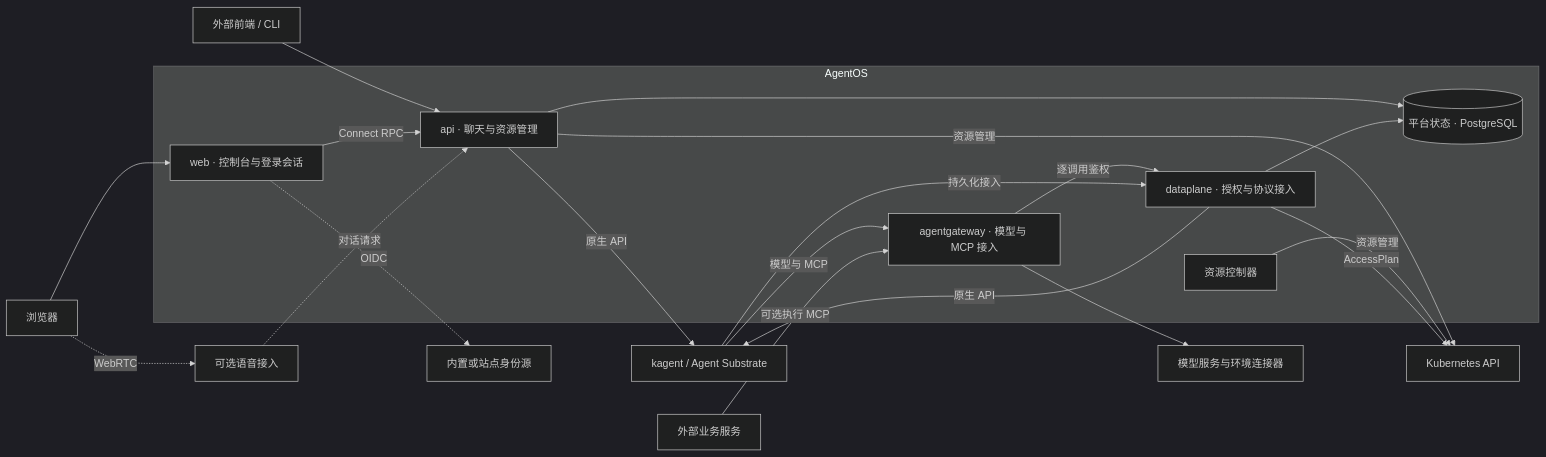
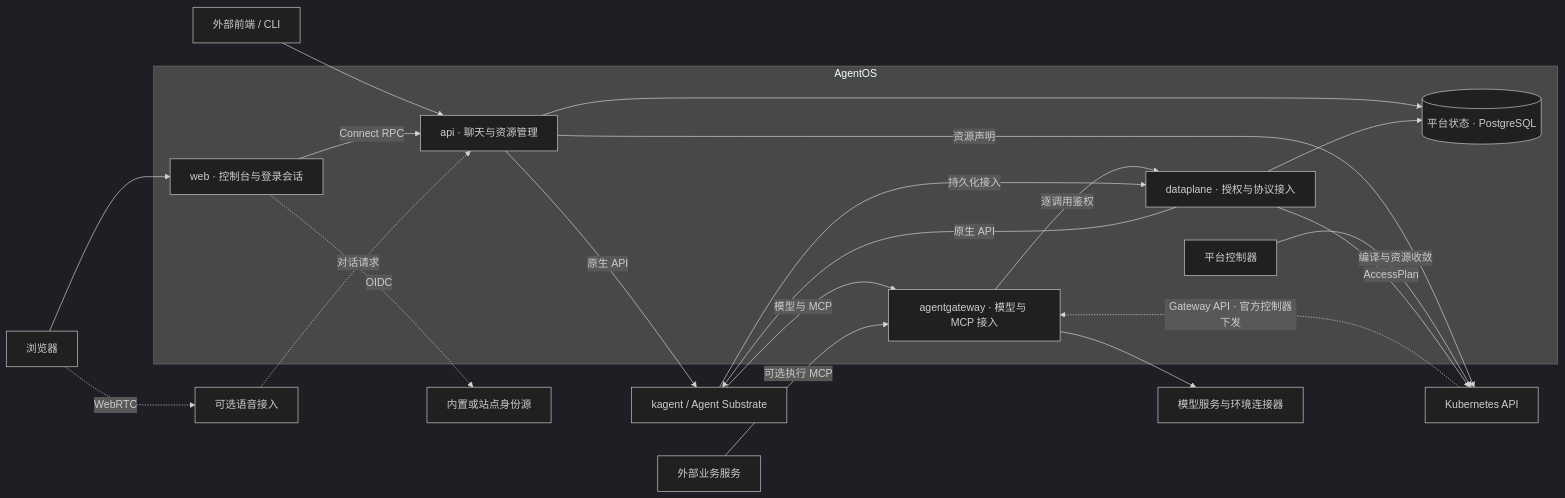
The diagram in docs/architecture.md (pood1e/agentos-platform), drawn with Mermaid (dark theme) before and after one commit. The commit also changed other lines of this file and 1 other file, not shown here.

Commit message:
docs(architecture): clarify gateway configuration ownership (#184)

````diff
--- a/docs/architecture.md
+++ b/docs/architecture.md
@@ -8,21 +8,23 @@
 ```mermaid
 flowchart LR
     Browser[浏览器] --> Web
     Clients[外部前端 / CLI] --> API
     subgraph Platform[AgentOS]
         Web[web · 控制台与登录会话] -->|Connect RPC| API[api · 聊天与资源管理]
         Gateway[agentgateway · 模型与 MCP 接入] -->|逐调用鉴权| Dataplane[dataplane · 授权与协议接入]
-        Controller[资源控制器]
+        Controller[平台控制器]
         API & Dataplane --> PG[(平台状态 · PostgreSQL)]
     end
     Web -.->|OIDC| Identity[内置或站点身份源]
     API & Dataplane -->|原生 API| Runtime[kagent / Agent Substrate]
-    API & Controller -->|资源管理| K8s[Kubernetes API]
+    API -->|资源声明| K8s[Kubernetes API]
+    Controller -->|编译与资源收敛| K8s
     Dataplane -->|AccessPlan| K8s
+    K8s -.->|Gateway API · 官方控制器下发| Gateway
     Runtime -->|模型与 MCP| Gateway
     Runtime -->|持久化接入| Dataplane
     Gateway --> Targets[模型服务与环境连接器]
     External[外部业务服务] -->|可选执行 MCP| Gateway
     Browser -.->|WebRTC| Voice[可选语音接入]
     Voice -.->|对话请求| API
 ```
````
